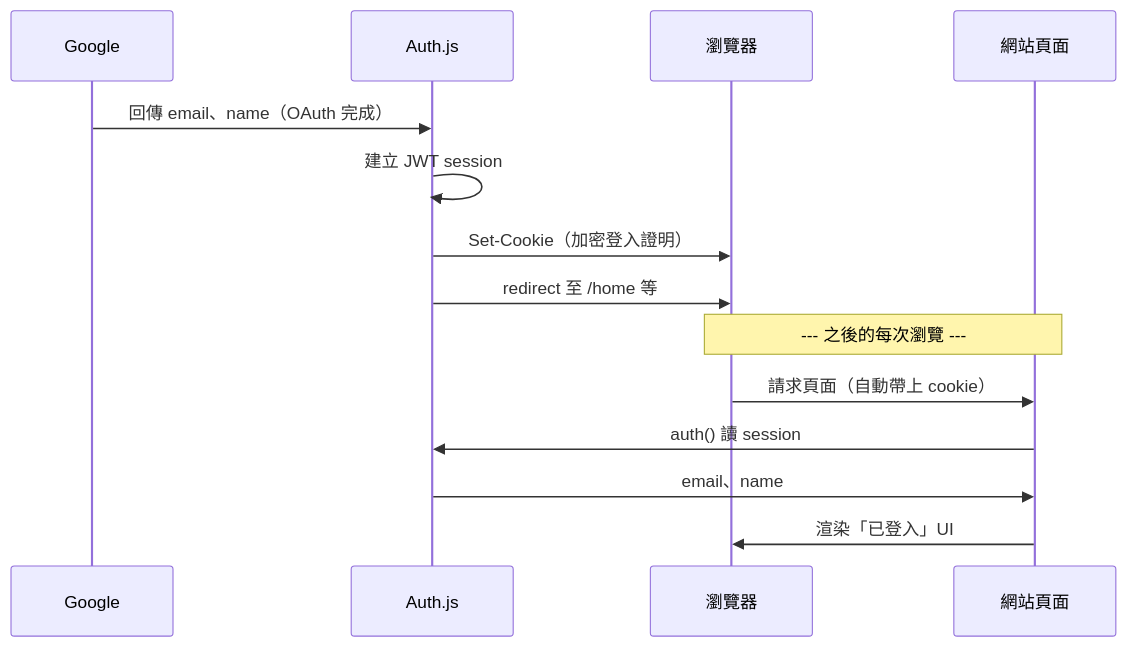
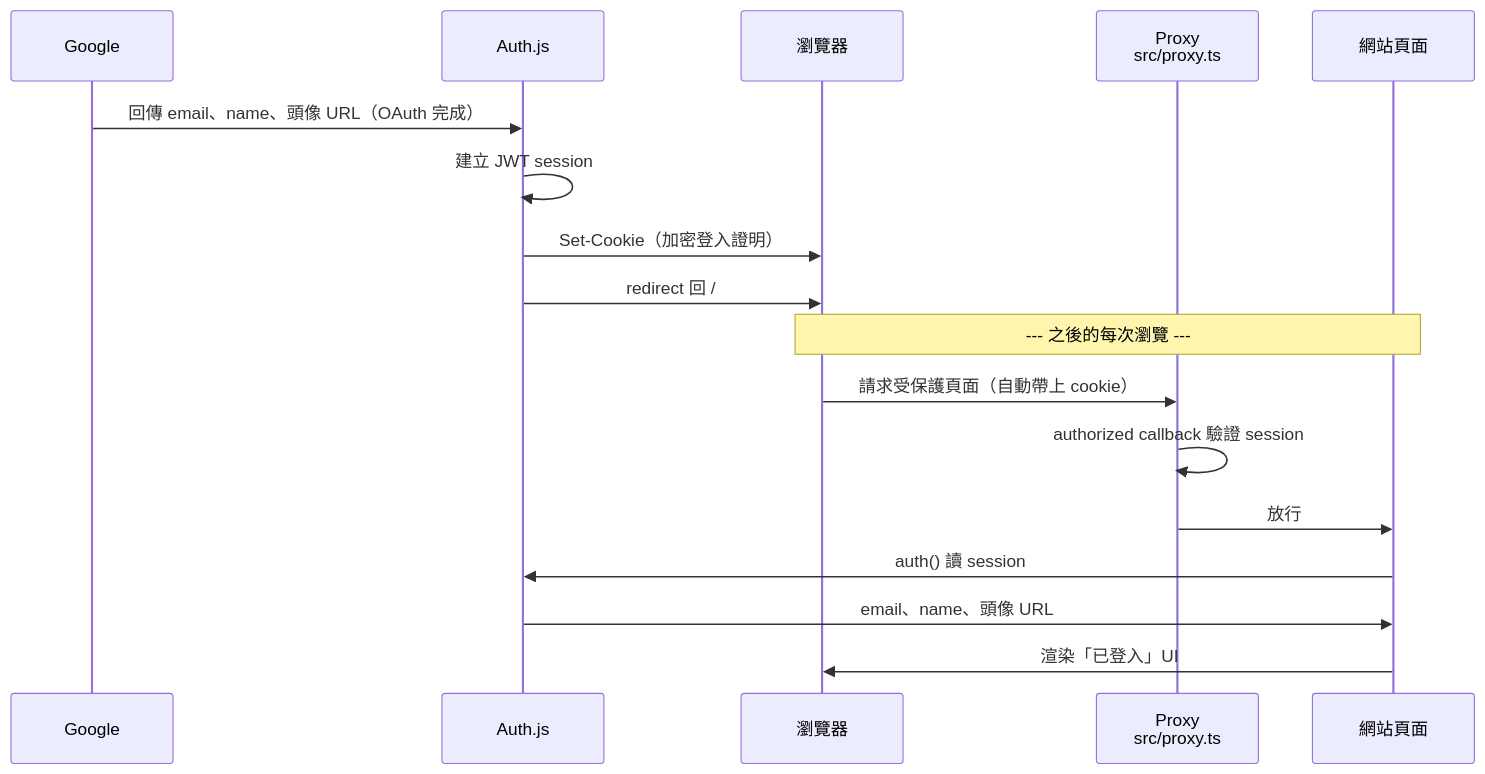
The diagram in docs/auth/06-oauth-success-and-jwt-session.md (thementorship-tw/thementorship-exchange-app), drawn with Mermaid before and after one commit. The commit also changed other lines of this file and 4 other files, not shown here.

First line of the commit message:
docs: align auth docs with custom login page

````diff
--- a/docs/auth/06-oauth-success-and-jwt-session.md
+++ b/docs/auth/06-oauth-success-and-jwt-session.md
@@ -85,19 +85,22 @@
 ```mermaid
 sequenceDiagram
     participant Google as Google
     participant Auth as Auth.js
     participant Browser as 瀏覽器
+    participant Proxy as Proxy<br/>src/proxy.ts
     participant Page as 網站頁面
 
-    Google->>Auth: 回傳 email、name（OAuth 完成）
+    Google->>Auth: 回傳 email、name、頭像 URL（OAuth 完成）
     Auth->>Auth: 建立 JWT session
     Auth->>Browser: Set-Cookie（加密登入證明）
-    Auth->>Browser: redirect 至 /home 等
+    Auth->>Browser: redirect 回 /
 
     Note over Browser,Page: --- 之後的每次瀏覽 ---
 
-    Browser->>Page: 請求頁面（自動帶上 cookie）
+    Browser->>Proxy: 請求受保護頁面（自動帶上 cookie）
+    Proxy->>Proxy: authorized callback 驗證 session
+    Proxy->>Page: 放行
     Page->>Auth: auth() 讀 session
-    Auth->>Page: email、name
+    Auth->>Page: email、name、頭像 URL
     Page->>Browser: 渲染「已登入」UI
 ```
````
